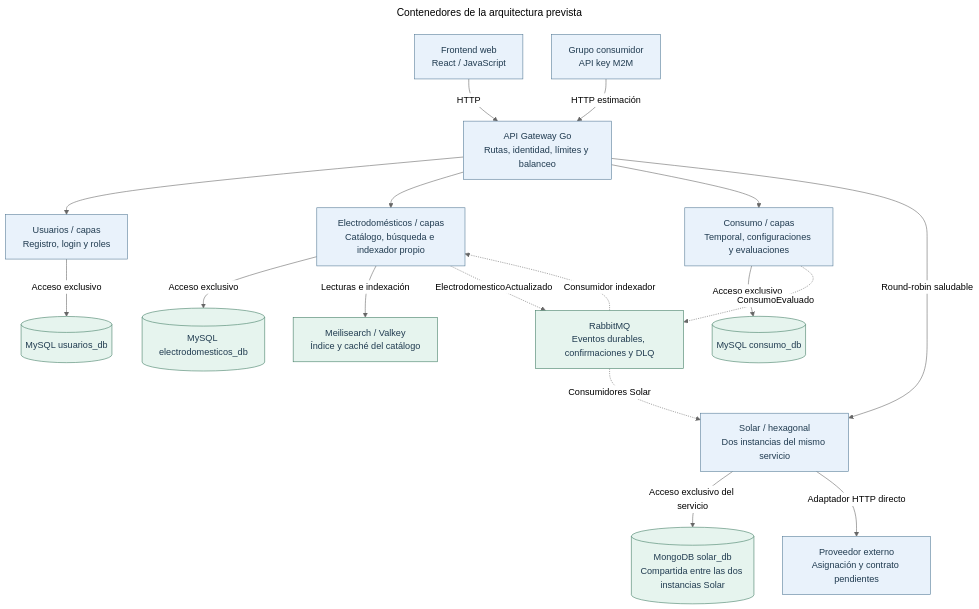
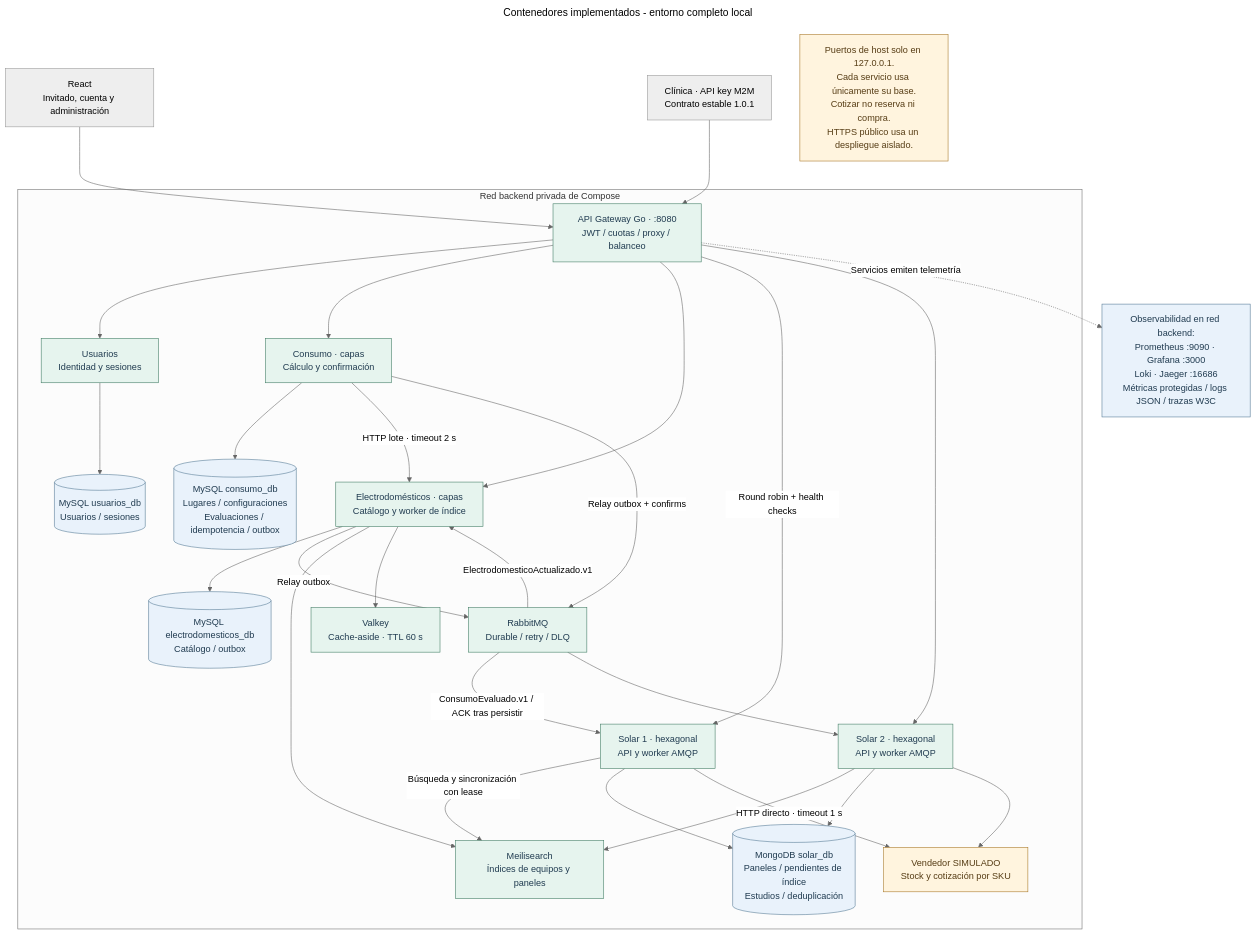
One commit to Franciscosrrr/ArquitecturasoftwareRenewableEnergyTiziFran changed the diagram in docs/diagrams/contenedores.mmd. Above: the diagram before and after it, drawn with Mermaid (neutral theme). The commit also changed 320 other files, not shown here.

Commit message:
falta integracion del proveedor

```diff
--- a/docs/diagrams/contenedores.mmd
+++ b/docs/diagrams/contenedores.mmd
@@ -1,24 +1,39 @@
 ---
-title: Contenedores de la arquitectura prevista
+title: Contenedores implementados - entorno completo local
 ---
 flowchart TB
-    W["Frontend web<br/>React / JavaScript"] -->|HTTP| G["API Gateway Go<br/>Rutas, identidad, límites y balanceo"]
-    X["Grupo consumidor<br/>API key M2M"] -->|HTTP estimación| G
-    G --> U["Usuarios / capas<br/>Registro, login y roles"]
-    G --> E["Electrodomésticos / capas<br/>Catálogo, búsqueda e indexador propio"]
-    G --> C["Consumo / capas<br/>Temporal, configuraciones y evaluaciones"]
-    G -->|Round-robin saludable| S["Solar / hexagonal<br/>Dos instancias del mismo servicio"]
-    U -->|Acceso exclusivo| UD[("MySQL usuarios_db")]
-    E -->|Acceso exclusivo| ED[("MySQL electrodomesticos_db")]
-    C -->|Acceso exclusivo| CD[("MySQL consumo_db")]
-    S -->|Acceso exclusivo del servicio| SD[("MongoDB solar_db<br/>Compartida entre las dos instancias Solar")]
-    E -->|Lecturas e indexación| D["Meilisearch / Valkey<br/>Índice y caché del catálogo"]
-    E -. ElectrodomesticoActualizado .-> B["RabbitMQ<br/>Eventos durables, confirmaciones y DLQ"]
-    B -. Consumidor indexador .-> E
-    C -. ConsumoEvaluado .-> B
-    B -. Consumidores Solar .-> S
-    S -->|Adaptador HTTP directo| P["Proveedor externo<br/>Asignación y contrato pendientes"]
-    classDef service fill:#e9f2fb,stroke:#557a96,color:#203b50
-    classDef store fill:#e6f4ee,stroke:#417c64,color:#203b50
-    class W,G,U,E,C,S,X,P service
-    class UD,ED,CD,SD,D,B store
+ W["React<br/>Invitado, cuenta y administración"] --> G["API Gateway Go · :8080<br/>JWT / cuotas / proxy / balanceo"]
+ CL["Clínica · API key M2M<br/>Contrato estable 1.0.1"] --> G
+ subgraph BACK["Red backend privada de Compose"]
+ G --> U["Usuarios<br/>Identidad y sesiones"]
+ G --> C["Consumo · capas<br/>Cálculo y confirmación"]
+ G --> E["Electrodomésticos · capas<br/>Catálogo y worker de índice"]
+ G -->|"Round robin + health checks"| S1["Solar 1 · hexagonal<br/>API y worker AMQP"]
+ G --> S2["Solar 2 · hexagonal<br/>API y worker AMQP"]
+ U --> UD[("MySQL usuarios_db<br/>Usuarios / sesiones")]
+ C --> CD[("MySQL consumo_db<br/>Lugares / configuraciones<br/>Evaluaciones / idempotencia / outbox")]
+ E --> ED[("MySQL electrodomesticos_db<br/>Catálogo / outbox")]
+ C -->|"HTTP lote · timeout 2 s"| E
+ C -->|"Relay outbox + confirms"| B["RabbitMQ<br/>Durable / retry / DLQ"]
+ E -->|"Relay outbox"| B
+ B -->|"ConsumoEvaluado.v1 / ACK tras persistir"| S1
+ B --> S2
+ B -->|"ElectrodomesticoActualizado.v1"| E
+ E --> M["Meilisearch<br/>Índices de equipos y paneles"]
+ S1 -->|"Búsqueda y sincronización con lease"| M
+ S2 --> M
+ E --> V["Valkey<br/>Cache-aside · TTL 60 s"]
+ S1 --> MD[("MongoDB solar_db<br/>Paneles / pendientes de índice<br/>Estudios / deduplicación")]
+ S2 --> MD
+ S1 -->|"HTTP directo · timeout 1 s"| P["Vendedor SIMULADO<br/>Stock y cotización por SKU"]
+ S2 --> P
+ end
+ OBS["Observabilidad en red backend:<br/>Prometheus :9090 · Grafana :3000<br/>Loki · Jaeger :16686<br/>Métricas protegidas / logs JSON / trazas W3C"]
+ G -. "Servicios emiten telemetría" .-> OBS
+ NOTE["Puertos de host solo en 127.0.0.1.<br/>Cada servicio usa únicamente su base.<br/>Cotizar no reserva ni compra.<br/>HTTPS público usa un despliegue aislado."]
+ classDef active fill:#e6f4ee,stroke:#417c64,color:#203b50
+ classDef store fill:#e9f2fb,stroke:#557a96,color:#203b50
+ classDef note fill:#fff4de,stroke:#a87827,color:#563c14
+ class G,U,C,E,S1,S2,B,M,V active
+ class UD,CD,ED,MD,OBS store
+ class NOTE,P note
```
